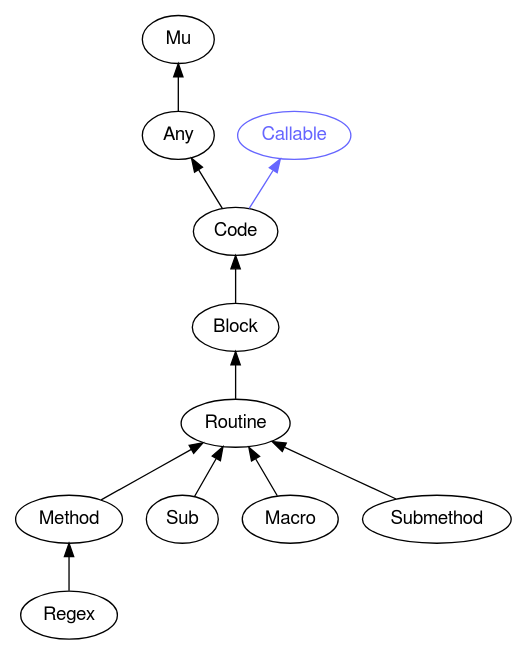
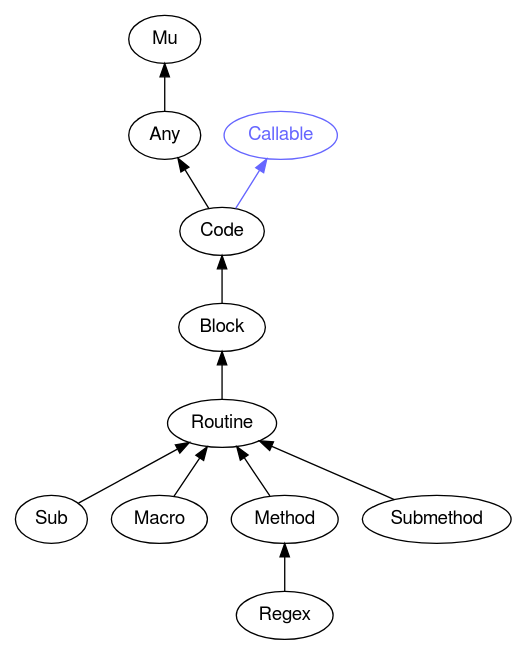
Before and after one commit to perl6docs/perl6docs.github.io: the diagram in images/type-graph-Routine.svg.dot, drawn with Graphviz. The commit also changed other lines of this file and 1879 other files, not shown here.

```diff
--- a/images/type-graph-Routine.svg.dot
+++ b/images/type-graph-Routine.svg.dot
@@ -1,31 +1,31 @@
 digraph "perl6-type-graph" {
     rankdir=BT;
     splines=polyline;
     overlap=false; 
     // Types
     "Routine" [color="#000000", fontcolor="#000000", href="/type/Routine", fontname="FreeSans"];
     "Mu" [color="#000000", fontcolor="#000000", href="/type/Mu", fontname="FreeSans"];
     "Any" [color="#000000", fontcolor="#000000", href="/type/Any", fontname="FreeSans"];
     "Callable" [color="#6666FF", fontcolor="#6666FF", href="/type/Callable", fontname="FreeSans"];
     "Code" [color="#000000", fontcolor="#000000", href="/type/Code", fontname="FreeSans"];
     "Block" [color="#000000", fontcolor="#000000", href="/type/Block", fontname="FreeSans"];
-    "Method" [color="#000000", fontcolor="#000000", href="/type/Method", fontname="FreeSans"];
     "Sub" [color="#000000", fontcolor="#000000", href="/type/Sub", fontname="FreeSans"];
     "Macro" [color="#000000", fontcolor="#000000", href="/type/Macro", fontname="FreeSans"];
+    "Method" [color="#000000", fontcolor="#000000", href="/type/Method", fontname="FreeSans"];
     "Submethod" [color="#000000", fontcolor="#000000", href="/type/Submethod", fontname="FreeSans"];
     "Regex" [color="#000000", fontcolor="#000000", href="/type/Regex", fontname="FreeSans"];
 
     // Superclasses
     "Routine" -> "Block" [color="#000000"];
     "Any" -> "Mu" [color="#000000"];
     "Code" -> "Any" [color="#000000"];
     "Block" -> "Code" [color="#000000"];
-    "Method" -> "Routine" [color="#000000"];
     "Sub" -> "Routine" [color="#000000"];
     "Macro" -> "Routine" [color="#000000"];
+    "Method" -> "Routine" [color="#000000"];
     "Submethod" -> "Routine" [color="#000000"];
     "Regex" -> "Method" [color="#000000"];
 
     // Roles
     "Code" -> "Callable" [color="#6666FF"];
 }
```
